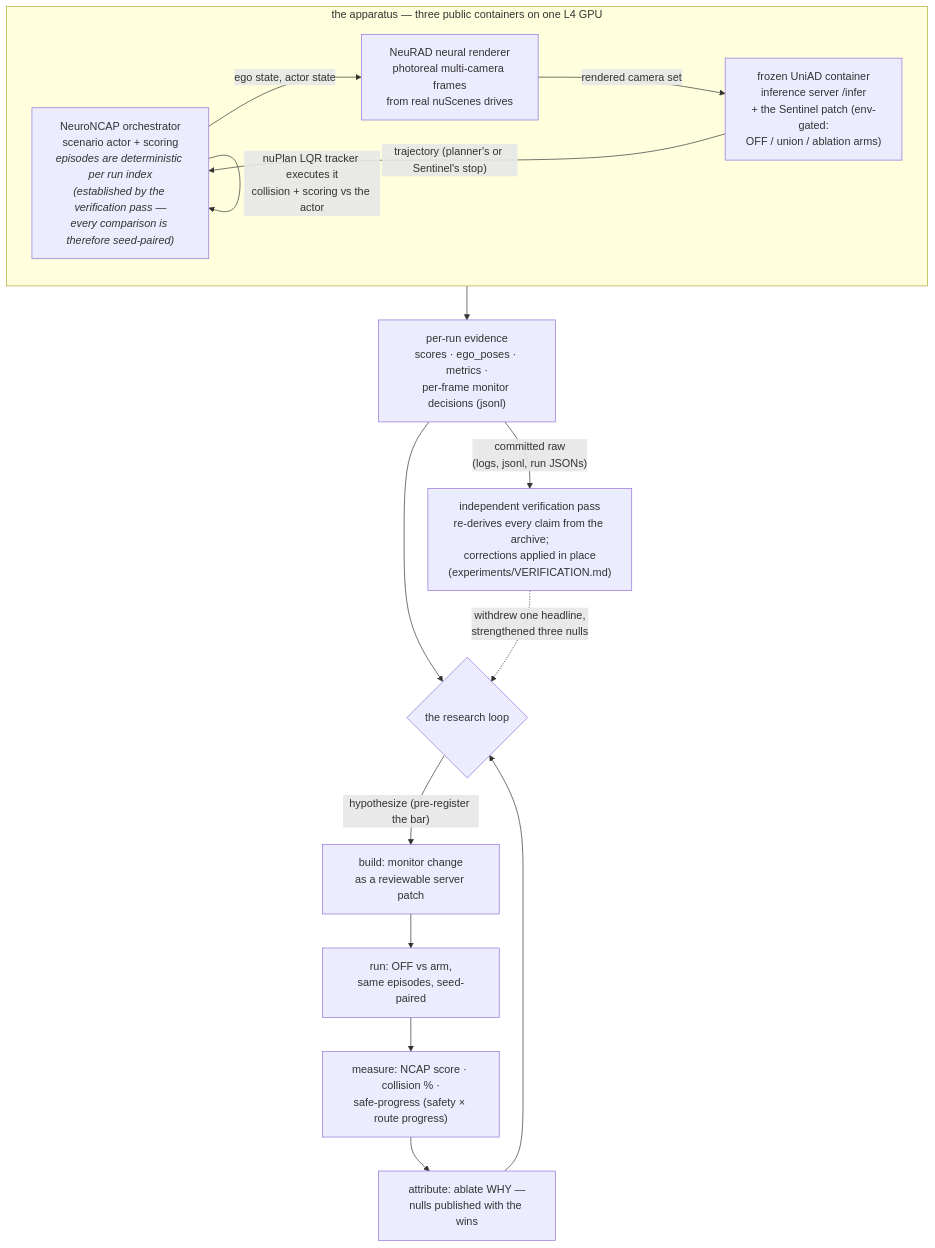
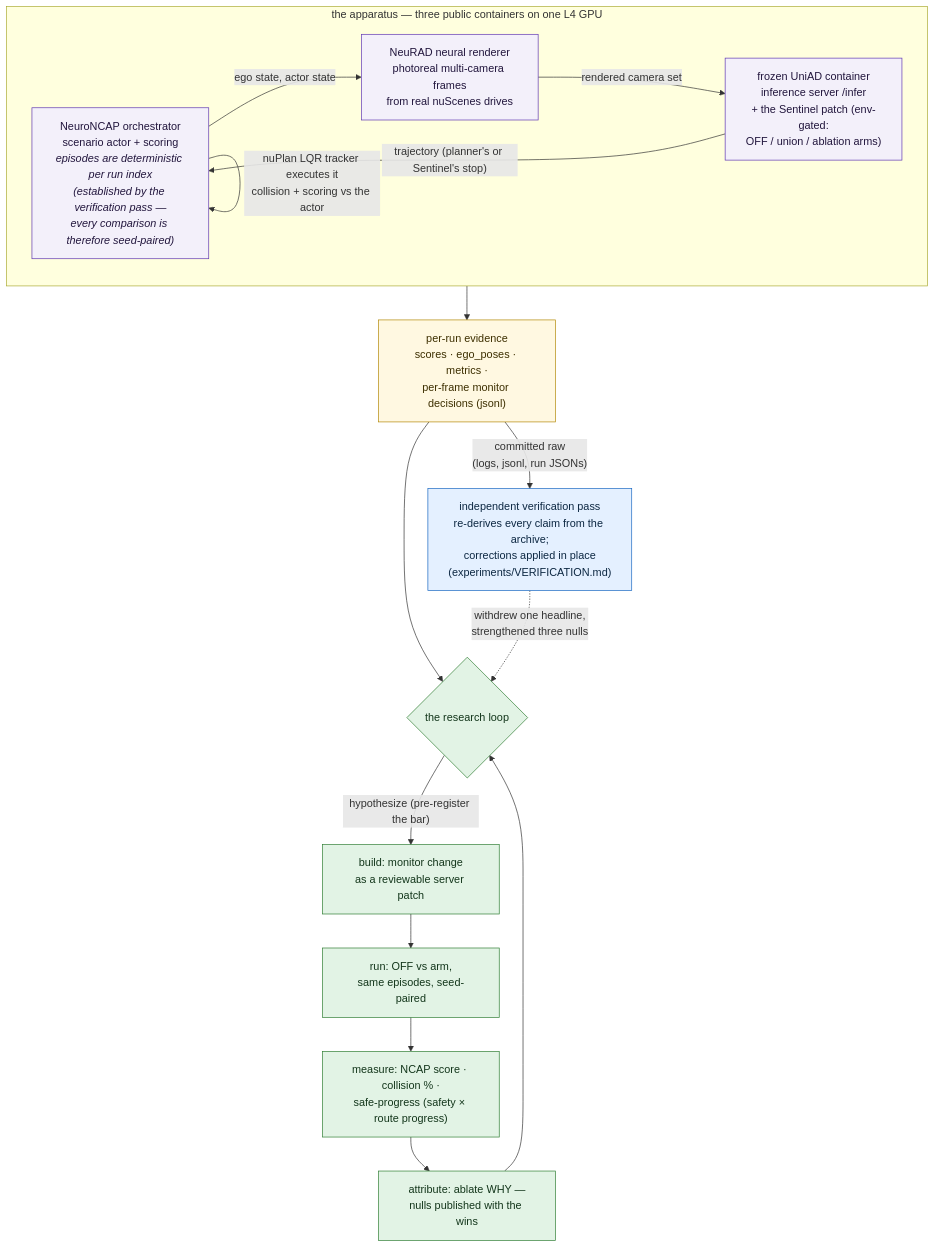
Before and after one commit to manfromnowhere143/sentinel: the third of 3 diagrams in README.md, drawn with Mermaid. The commit also changed other lines of this file, not shown here.

Commit message:
README: reproduction commands for every headline number, safety-case figures surfaced, campaign-arc diagram, semantic color in system diagrams, repository map completed through iter13

````diff
--- a/README.md
+++ b/README.md
@@ -148,22 +182,30 @@
 ```mermaid
 flowchart TB
   subgraph STACK["the apparatus — three public containers on one L4 GPU"]
     direction LR
     ORCH["NeuroNCAP orchestrator<br/>scenario actor + scoring<br/><i>episodes are deterministic per run index<br/>(established by the verification pass —<br/>every comparison is therefore seed-paired)</i>"]
     REND["NeuRAD neural renderer<br/>photoreal multi-camera frames<br/>from real nuScenes drives"]
     MODEL["frozen UniAD container<br/>inference server /infer<br/>+ the Sentinel patch (env-gated:<br/>OFF / union / ablation arms)"]
     ORCH -- "ego state, actor state" --> REND
     REND -- "rendered camera set" --> MODEL
     MODEL -- "trajectory (planner's or Sentinel's stop)" --> ORCH
     ORCH -- "nuPlan LQR tracker executes it<br/>collision + scoring vs the actor" --> ORCH
   end
   STACK --> EVID["per-run evidence<br/>scores · ego_poses · metrics ·<br/>per-frame monitor decisions (jsonl)"]
   EVID --> LOOP{"the research loop"}
   LOOP -- "hypothesize (pre-register the bar)" --> BUILD["build: monitor change<br/>as a reviewable server patch"]
   BUILD --> RUN["run: OFF vs arm,<br/>same episodes, seed-paired"]
   RUN --> MEASURE["measure: NCAP score · collision % ·<br/>safe-progress (safety × route progress)"]
   MEASURE --> ATTR["attribute: ablate WHY —<br/>nulls published with the wins"]
   ATTR --> LOOP
   EVID -- "committed raw<br/>(logs, jsonl, run JSONs)" --> AUDIT["independent verification pass<br/>re-derives every claim from the archive;<br/>corrections applied in place<br/>(experiments/VERIFICATION.md)"]
   AUDIT -. "withdrew one headline,<br/>strengthened three nulls" .-> LOOP
+  classDef stack fill:#f3f0fa,stroke:#5e35b1,color:#22163d;
+  classDef loop fill:#e2f3e5,stroke:#2e7d32,color:#13361b;
+  classDef ev fill:#fff8e1,stroke:#b28704,color:#3d2f00;
+  classDef audit fill:#e4f0ff,stroke:#1565c0,color:#0c2742;
+  class ORCH,REND,MODEL stack;
+  class LOOP,BUILD,RUN,MEASURE,ATTR loop;
+  class EVID ev;
+  class AUDIT audit;
 ```
````
